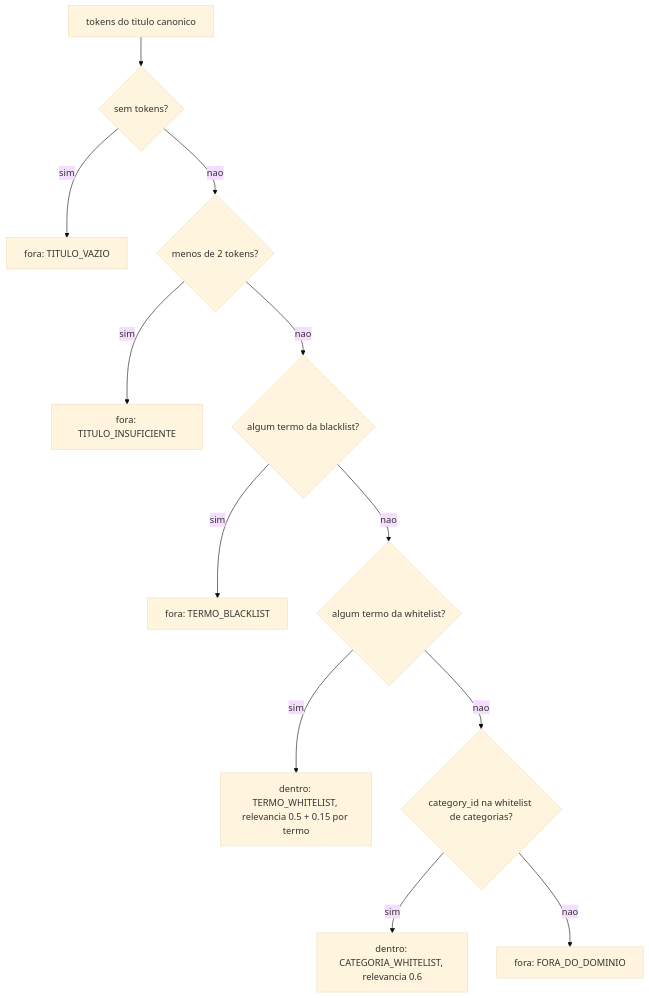
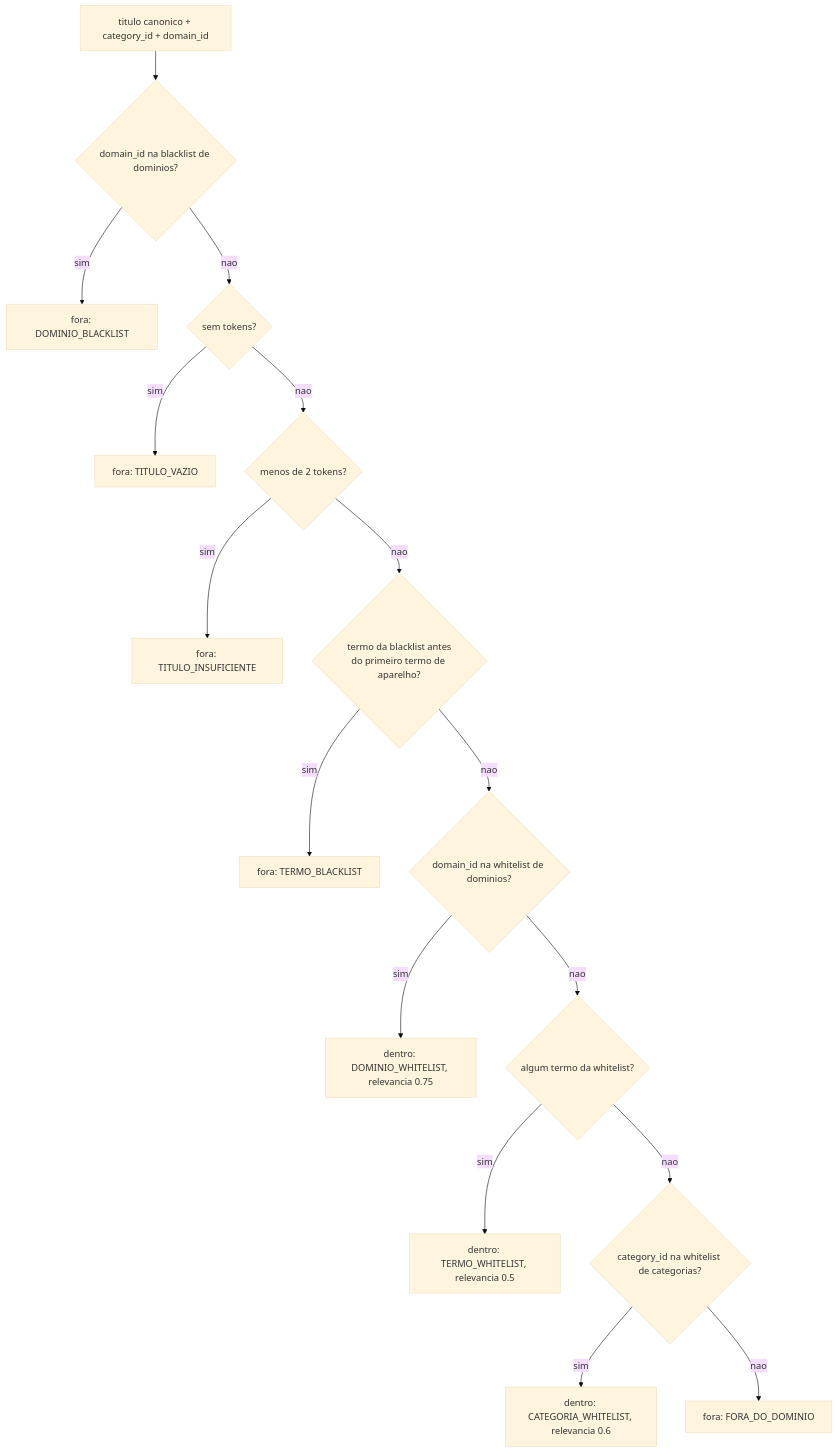
The seventh of 12 diagrams in README.md (undercontroll-inc/etl), drawn with Mermaid (base theme) before and after one commit. The commit also changed other lines of this file and 21 other files, not shown here.

````diff
--- a/README.md
+++ b/README.md
@@ -249,14 +302,18 @@
 ```mermaid
 flowchart TD
-    In["tokens do titulo canonico"] --> Empty{"sem tokens?"}
+    In["titulo canonico + category_id + domain_id"] --> DomBlack{"domain_id na blacklist de dominios?"}
+    DomBlack -->|sim| OutDomBlack["fora: DOMINIO_BLACKLIST"]
+    DomBlack -->|nao| Empty{"sem tokens?"}
     Empty -->|sim| OutEmpty["fora: TITULO_VAZIO"]
     Empty -->|nao| Short{"menos de 2 tokens?"}
     Short -->|sim| OutShort["fora: TITULO_INSUFICIENTE"]
-    Short -->|nao| Black{"algum termo da blacklist?"}
+    Short -->|nao| Black{"termo da blacklist antes<br/>do primeiro termo de aparelho?"}
     Black -->|sim| OutBlack["fora: TERMO_BLACKLIST"]
-    Black -->|nao| White{"algum termo da whitelist?"}
-    White -->|sim| InWhite["dentro: TERMO_WHITELIST, relevancia 0.5 + 0.15 por termo"]
+    Black -->|nao| DomWhite{"domain_id na whitelist de dominios?"}
+    DomWhite -->|sim| InDom["dentro: DOMINIO_WHITELIST, relevancia 0.75"]
+    DomWhite -->|nao| White{"algum termo da whitelist?"}
+    White -->|sim| InWhite["dentro: TERMO_WHITELIST, relevancia 0.5"]
     White -->|nao| Cat{"category_id na whitelist de categorias?"}
     Cat -->|sim| InCat["dentro: CATEGORIA_WHITELIST, relevancia 0.6"]
     Cat -->|nao| OutDomain["fora: FORA_DO_DOMINIO"]
 ```
````
